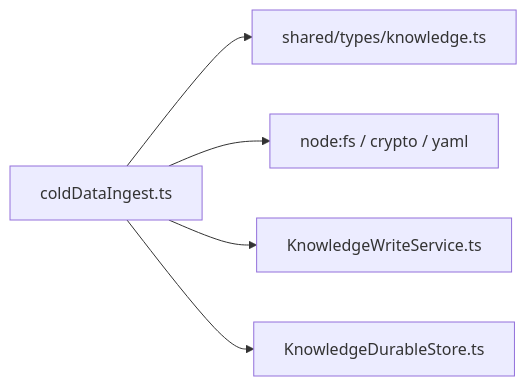
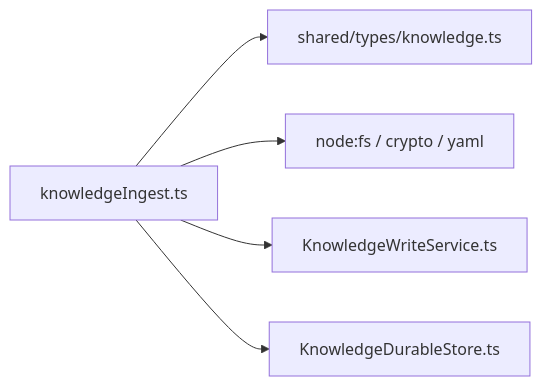
Before and after one commit to haolange/RDC-Agent: the fourth of 4 diagrams in .qoder/repowiki/zh/content/架构设计/核心组件设计/知识编译服务设计/冷数据导入.md, drawn with Mermaid. The commit also changed other lines of this file and 90 other files, not shown here.

````diff
--- a/.qoder/repowiki/zh/content/架构设计/核心组件设计/知识编译服务设计/冷数据导入.md
+++ b/.qoder/repowiki/zh/content/架构设计/核心组件设计/知识编译服务设计/冷数据导入.md
@@ -225,7 +233,7 @@
 ```mermaid
 graph LR
-CI["coldDataIngest.ts"] --> T["shared/types/knowledge.ts"]
-CI --> FS["node:fs / crypto / yaml"]
-CI --> WS["KnowledgeWriteService.ts"]
-CI --> DS["KnowledgeDurableStore.ts"]
+KI["knowledgeIngest.ts"] --> T["shared/types/knowledge.ts"]
+KI --> FS["node:fs / crypto / yaml"]
+KI --> WS["KnowledgeWriteService.ts"]
+KI --> DS["KnowledgeDurableStore.ts"]
 ```
````
